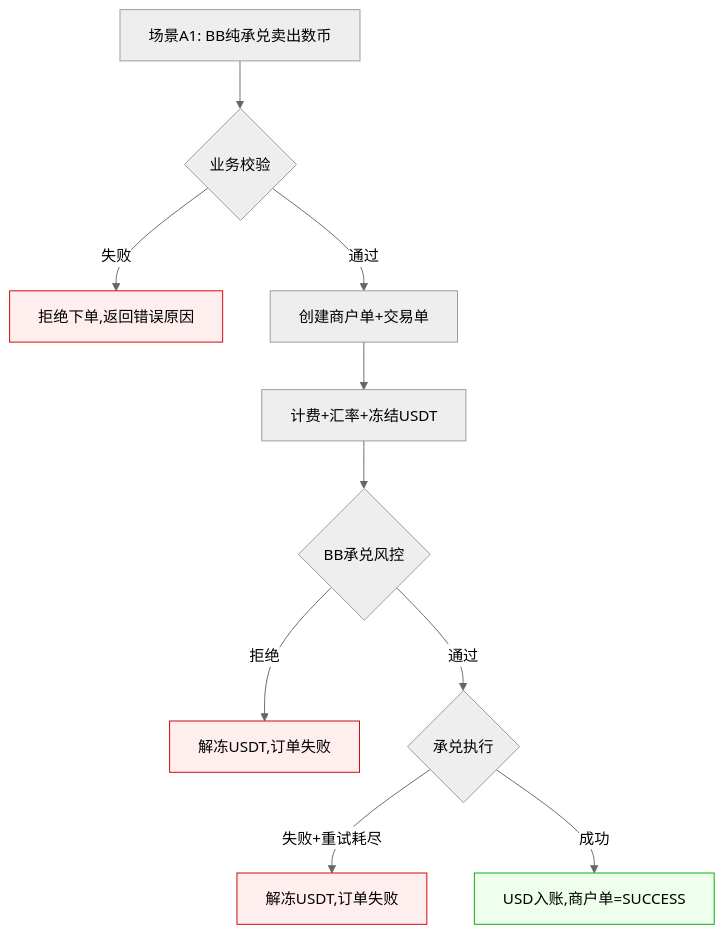
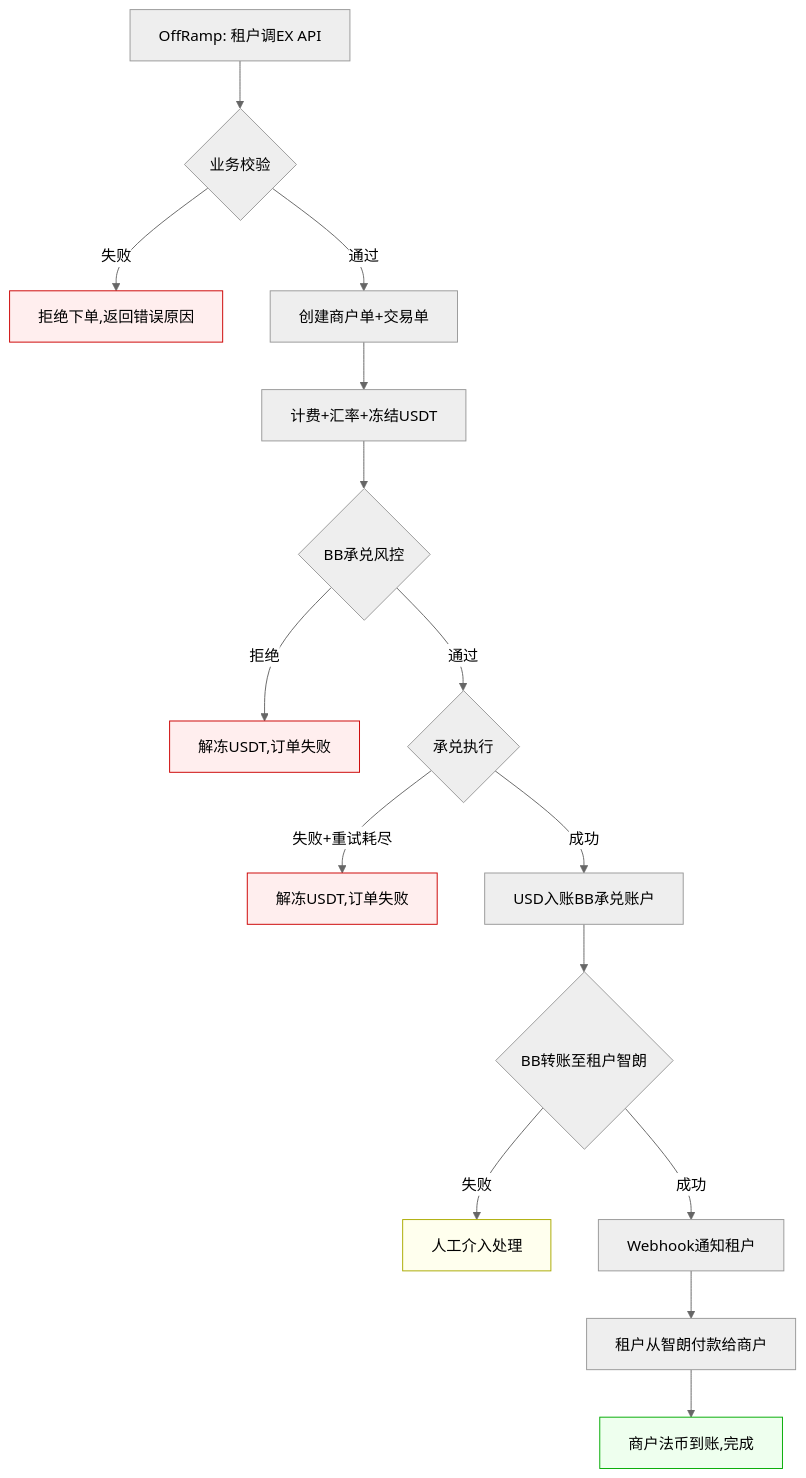
The second of 11 diagrams in onofframp/prd/offramp-v1 copy.md (xiaoxiaoangie/EX-NEW), drawn with Mermaid (neutral theme) before and after one commit. The commit also changed other lines of this file and 36 other files, not shown here.

````diff
--- a/onofframp/prd/offramp-v1 copy.md
+++ b/onofframp/prd/offramp-v1 copy.md
@@ -284,17 +309,23 @@
 ```mermaid
 flowchart TD
-    A[场景A1: BB纯承兑卖出数币] --> B{业务校验}
+    A[OffRamp: 租户调EX API] --> B{业务校验}
     B -->|失败| B1[拒绝下单,返回错误原因]
     B -->|通过| C[创建商户单+交易单]
     C --> D[计费+汇率+冻结USDT]
     D --> E{BB承兑风控}
     E -->|拒绝| E1[解冻USDT,订单失败]
     E -->|通过| F{承兑执行}
     F -->|失败+重试耗尽| F1[解冻USDT,订单失败]
-    F -->|成功| G[USD入账,商户单=SUCCESS]
+    F -->|成功| G[USD入账BB承兑账户]
+    G --> H{BB转账至租户智朗}
+    H -->|失败| H1[人工介入处理]
+    H -->|成功| I[Webhook通知租户]
+    I --> J[租户从智朗付款给商户]
+    J --> K[商户法币到账,完成]
 
     style B1 fill:#fee,stroke:#c00
     style E1 fill:#fee,stroke:#c00
     style F1 fill:#fee,stroke:#c00
-    style G fill:#efe,stroke:#0a0
+    style H1 fill:#ffe,stroke:#aa0
+    style K fill:#efe,stroke:#0a0
 ```
````
